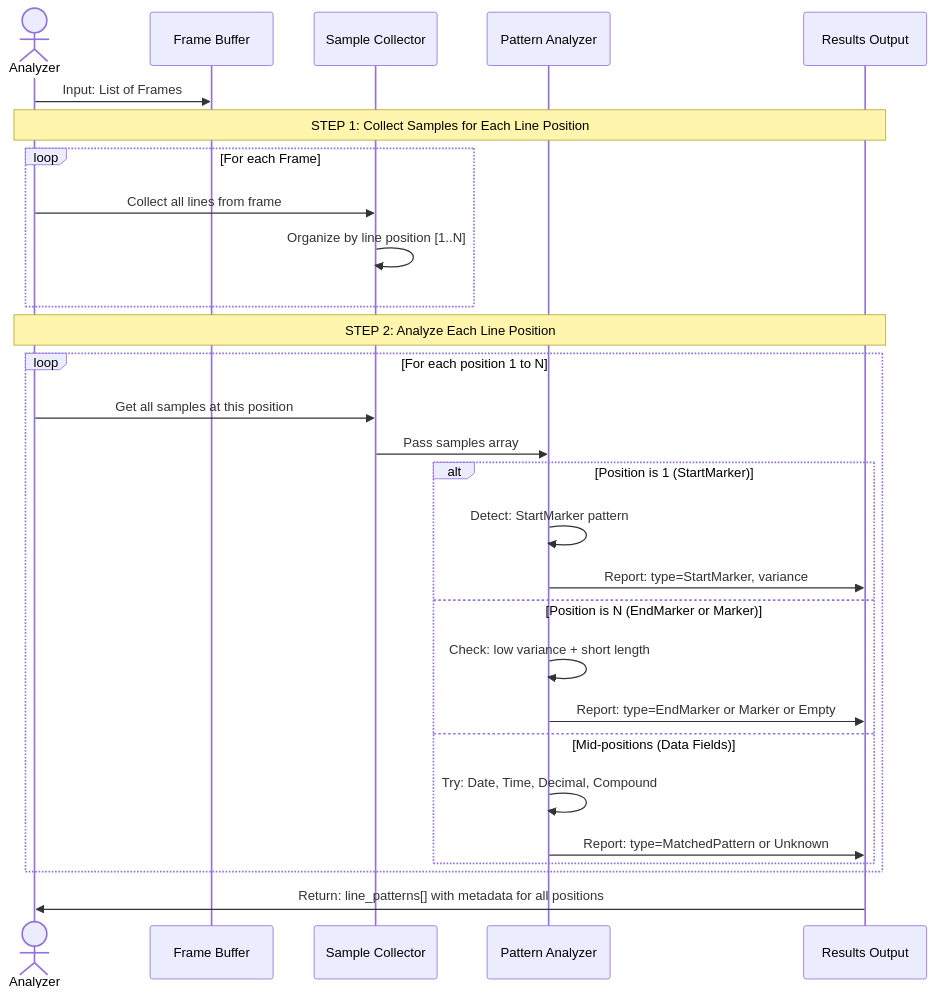
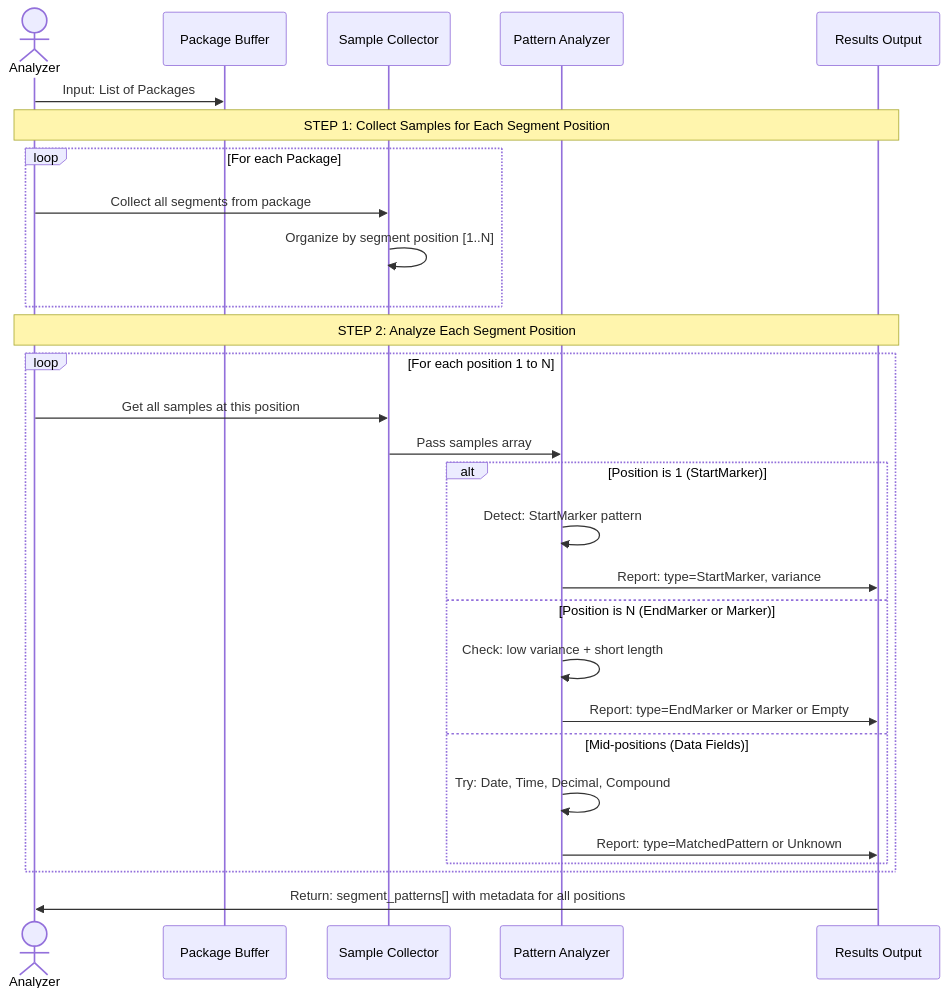
Before and after one commit to chumpon-asaneerat/NSerialCommTools: the fifth of 8 diagrams in Documents/ModernDesign/03-Parsing-Strategy-Analysis.md, drawn with Mermaid. The commit also changed other lines of this file and 28 other files, not shown here.

````diff
--- a/Documents/ModernDesign/03-Parsing-Strategy-Analysis.md
+++ b/Documents/ModernDesign/03-Parsing-Strategy-Analysis.md
@@ -975,36 +975,36 @@
 ```mermaid
 sequenceDiagram
     actor Analyzer
-    participant Frames as Frame Buffer
+    participant Packages as Package Buffer
     participant Samples as Sample Collector
     participant Analysis as Pattern Analyzer
     participant Results as Results Output
 
-    Analyzer->>Frames: Input: List of Frames
-    Note over Analyzer,Results: STEP 1: Collect Samples for Each Line Position
+    Analyzer->>Packages: Input: List of Packages
+    Note over Analyzer,Results: STEP 1: Collect Samples for Each Segment Position
 
-    loop For each Frame
-        Analyzer->>Samples: Collect all lines from frame
-        Samples->>Samples: Organize by line position [1..N]
+    loop For each Package
+        Analyzer->>Samples: Collect all segments from package
+        Samples->>Samples: Organize by segment position [1..N]
     end
 
-    Note over Analyzer,Results: STEP 2: Analyze Each Line Position
+    Note over Analyzer,Results: STEP 2: Analyze Each Segment Position
 
     loop For each position 1 to N
         Analyzer->>Samples: Get all samples at this position
         Samples->>Analysis: Pass samples array
 
         alt Position is 1 (StartMarker)
             Analysis->>Analysis: Detect: StartMarker pattern
             Analysis->>Results: Report: type=StartMarker, variance
         else Position is N (EndMarker or Marker)
             Analysis->>Analysis: Check: low variance + short length
             Analysis->>Results: Report: type=EndMarker or Marker or Empty
         else Mid-positions (Data Fields)
             Analysis->>Analysis: Try: Date, Time, Decimal, Compound
             Analysis->>Results: Report: type=MatchedPattern or Unknown
         end
     end
 
-    Results->>Analyzer: Return: line_patterns[] with metadata for all positions
+    Results->>Analyzer: Return: segment_patterns[] with metadata for all positions
 ```
````
